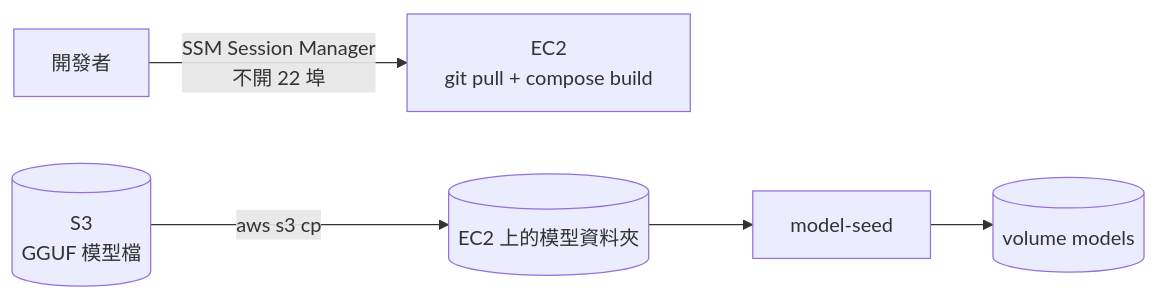
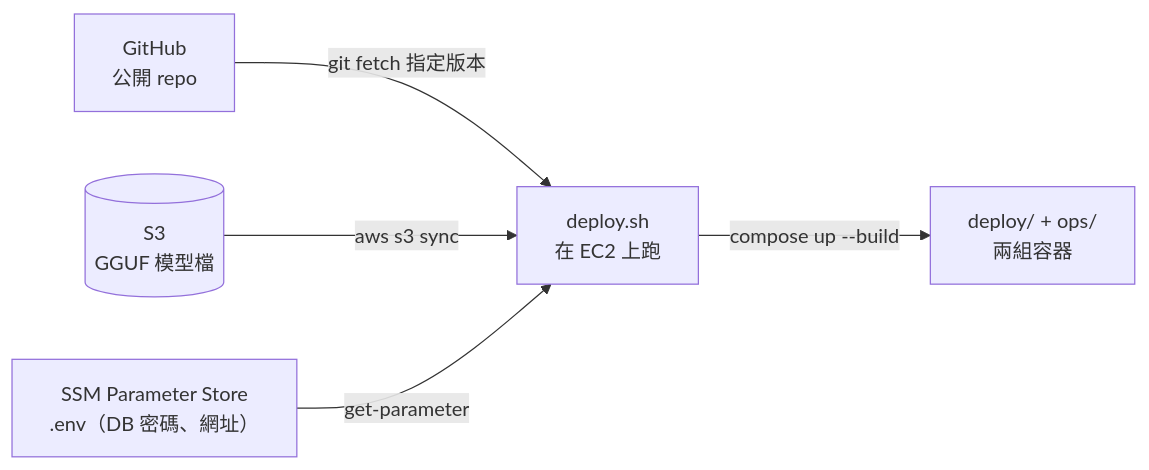
The second of 2 diagrams in infra/envs/1-ec2/README.md (Anderson-chen/talkcal), drawn with Mermaid before and after one commit. The commit also changed other lines of this file and 25 other files, not shown here.

````diff
--- a/infra/envs/1-ec2/README.md
+++ b/infra/envs/1-ec2/README.md
@@ -22,7 +23,7 @@
 ```mermaid
 flowchart LR
-    dev["開發者"] -->|"SSM Session Manager<br/>不開 22 埠"| ec2["EC2<br/>git pull + compose build"]
-    s3m[("S3<br/>GGUF 模型檔")] -->|"aws s3 cp"| dir[("EC2 上的模型資料夾")]
-    dir --> seed["model-seed"]
-    seed --> vol[("volume models")]
+    gh["GitHub<br/>公開 repo"] -->|"git fetch 指定版本"| deploy["deploy.sh<br/>在 EC2 上跑"]
+    s3m[("S3<br/>GGUF 模型檔")] -->|"aws s3 sync"| deploy
+    ssm["SSM Parameter Store<br/>.env（DB 密碼、網址）"] -->|"get-parameter"| deploy
+    deploy -->|"compose up --build"| stack["deploy/ + ops/<br/>兩組容器"]
 ```
````
